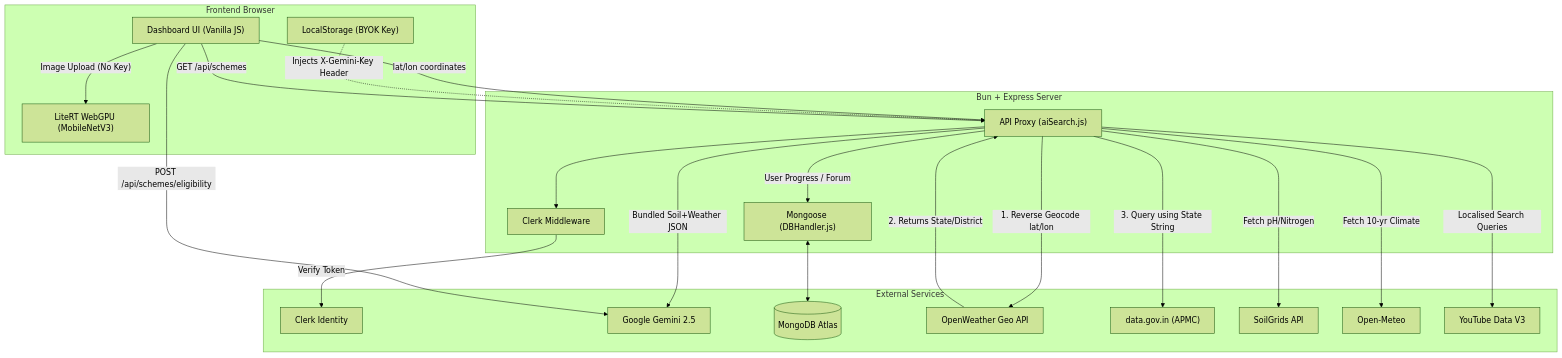
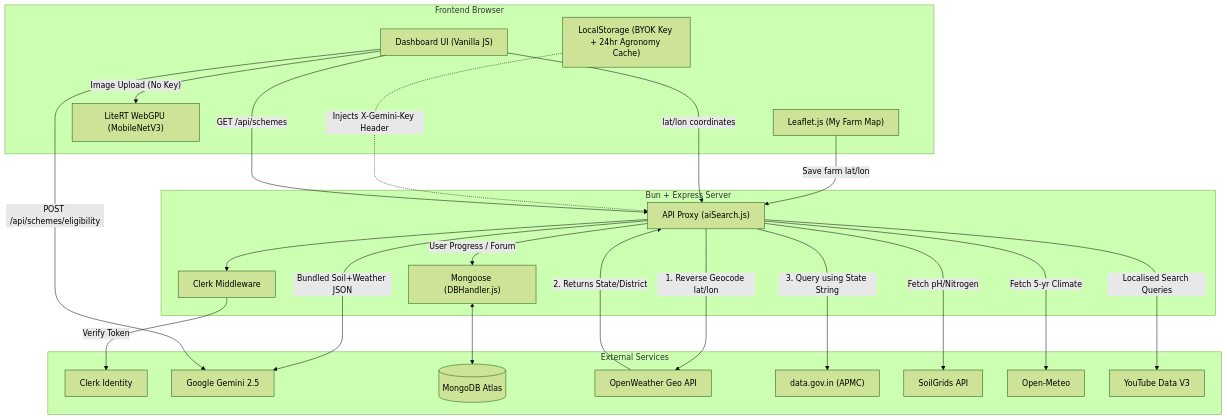
One commit to Dealer-09/PragatiPath changed the diagram in README.md. Above: the diagram before and after it, drawn with Mermaid (forest theme). The commit also changed other lines of this file and 4 other files, not shown here.

````diff
--- a/README.md
+++ b/README.md
@@ -41,55 +44,57 @@
 ```mermaid
 flowchart TB
     subgraph Client ["Frontend Browser"]
         UI["Dashboard UI (Vanilla JS)"]
-        Storage["LocalStorage (BYOK Key)"]
+        Map["Leaflet.js (My Farm Map)"]
+        Storage["LocalStorage (BYOK Key + 24hr Agronomy Cache)"]
         OfflineAI["LiteRT WebGPU (MobileNetV3)"]
     end
 
     subgraph Backend ["Bun + Express Server"]
         API["API Proxy (aiSearch.js)"]
         AuthGuard["Clerk Middleware"]
         DBHandler["Mongoose (DBHandler.js)"]
     end
 
     subgraph External ["External Services"]
         ClerkAuth["Clerk Identity"]
         Gemini["Google Gemini 2.5"]
         MongoDB[("MongoDB Atlas")]
         WeatherAPI["OpenWeather Geo API"]
         GovData["data.gov.in (APMC)"]
         SoilGrids["SoilGrids API"]
         OpenMeteo["Open-Meteo"]
         YouTubeAPI["YouTube Data V3"]
     end
 
     %% Frontend to Backend
+    Map -->|"Save farm lat/lon"| API
     UI -->|"lat/lon coordinates"| API
-    Storage -.->|"Injects X-Gemini-Key Header"| API
+    Storage -..->|"Injects X-Gemini-Key Header"| API
     
     %% Offline Fallback
     UI -->|"Image Upload (No Key)"| OfflineAI
 
     %% Auth & DB Flow
     API --> AuthGuard
     AuthGuard -->|"Verify Token"| ClerkAuth
     API -->|"User Progress / Forum"| DBHandler
     DBHandler <--> MongoDB
 
     %% The Reverse Geocoding Bridge (Genius Workaround)
     API -->|"1. Reverse Geocode lat/lon"| WeatherAPI
     WeatherAPI -->|"2. Returns State/District"| API
     API -->|"3. Query using State String"| GovData
 
     %% Agronomy Intelligence Pipeline
     API -->|"Fetch pH/Nitrogen"| SoilGrids
-    API -->|"Fetch 10-yr Climate"| OpenMeteo
+    API -->|"Fetch 5-yr Climate"| OpenMeteo
     API -->|"Bundled Soil+Weather JSON"| Gemini
 
     %% Schemes (static, no external API)
     UI -->|"GET /api/schemes"| API
     UI -->|"POST /api/schemes/eligibility"| Gemini
 
     %% Video (language-aware)
     API -->|"Localised Search Queries"| YouTubeAPI
 ```
````
